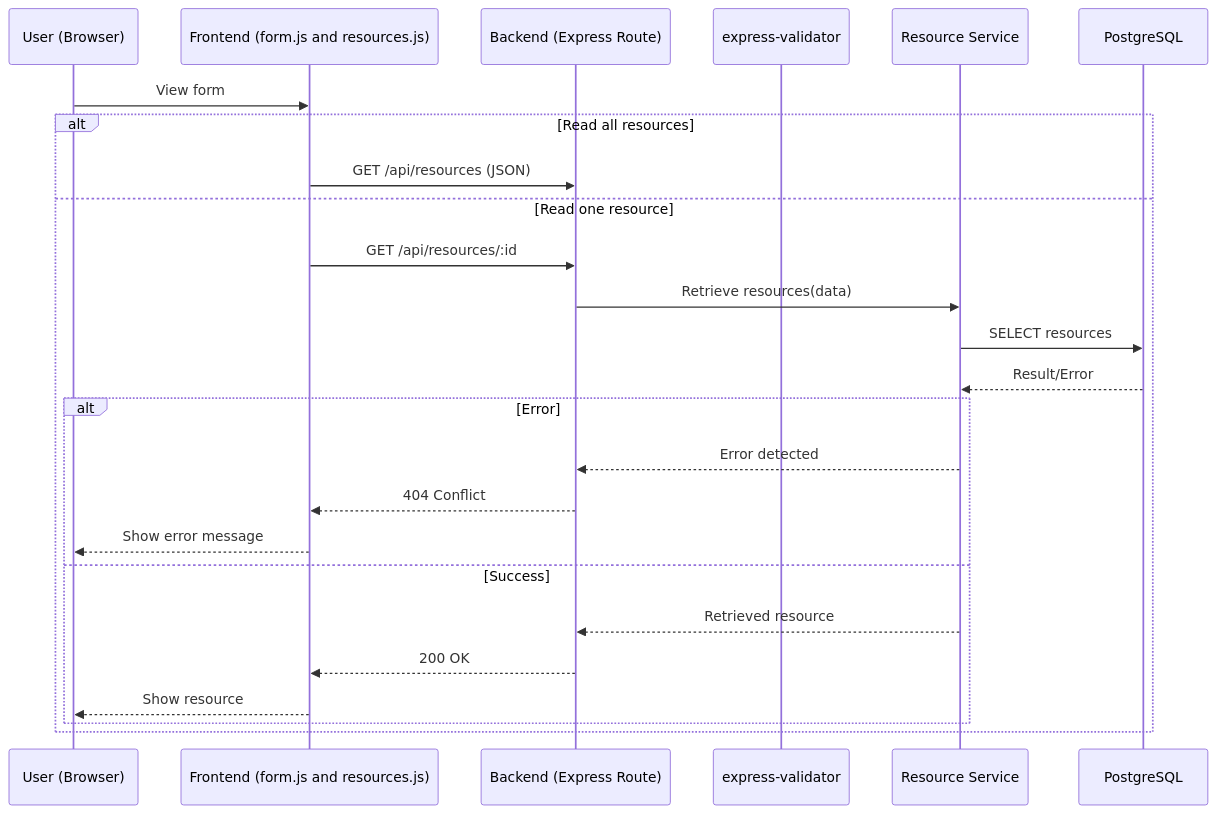
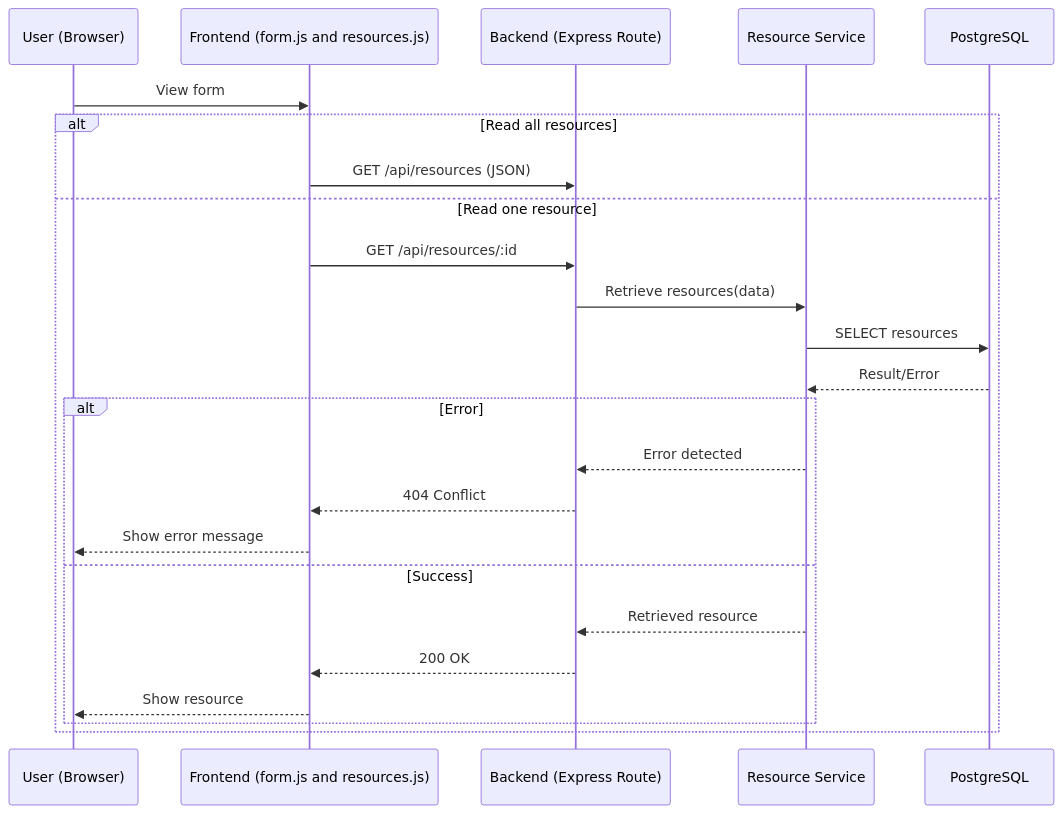
One commit to TaruNuutinen/web-kehitys changed the second of 4 diagrams in BookingSystem/Phase6/G1_CRUD_DataFlow.md. Above: the diagram before and after it, drawn with Mermaid. The commit also changed other lines of this file, not shown here.

````diff
--- a/BookingSystem/Phase6/G1_CRUD_DataFlow.md
+++ b/BookingSystem/Phase6/G1_CRUD_DataFlow.md
@@ -41,29 +41,28 @@
 ```mermaid
 sequenceDiagram
     participant U as User (Browser)
     participant F as Frontend (form.js and resources.js)
     participant B as Backend (Express Route)
-    participant V as express-validator
     participant S as Resource Service
     participant DB as PostgreSQL
 
     U->>F: View form
     alt Read all resources
         F->>B: GET /api/resources (JSON)
     else Read one resource
         F->>B: GET /api/resources/:id
         B->>S: Retrieve resources(data) 
         S->>DB: SELECT resources
         DB-->>S: Result/Error
 
         alt Error
             S-->>B: Error detected
             B-->>F: 404 Conflict
             F-->>U: Show error message
         else Success
             S-->>B: Retrieved resource
             B-->>F: 200 OK
             F-->>U: Show resource
         end
     end
 ```
````
